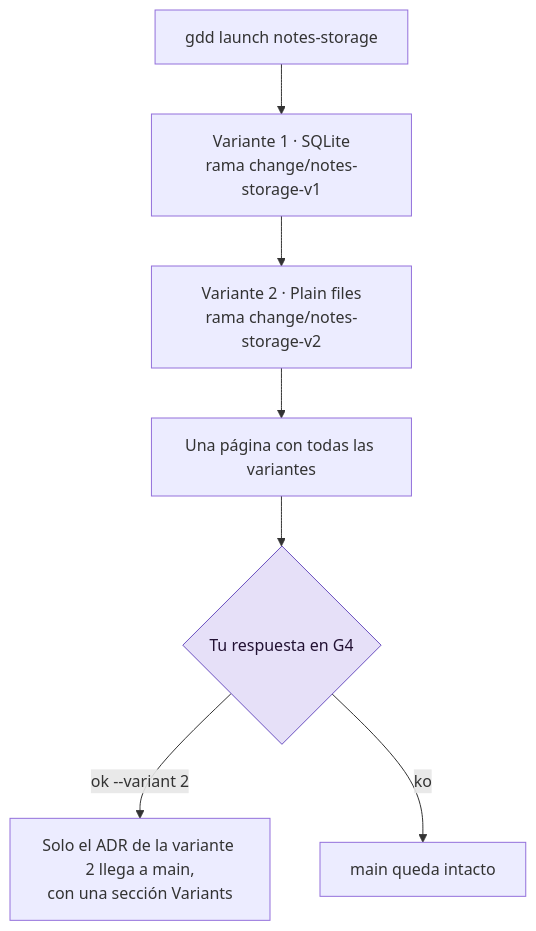
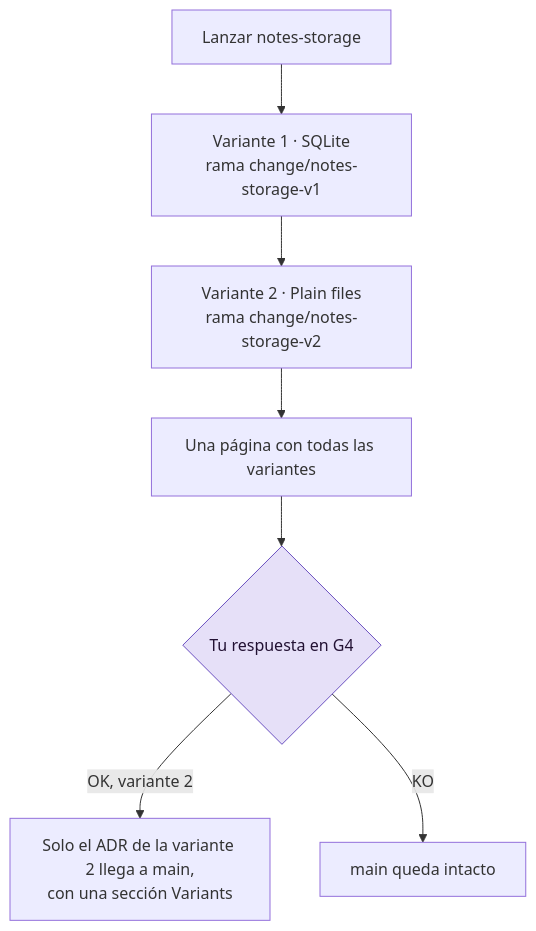
One commit to MarsGotta/gdd changed the diagram in docs/es/how-to/spikes.md. Above: the diagram before and after it, drawn with Mermaid. The commit also changed other lines of this file and 210 other files, not shown here.

````diff
--- a/docs/es/how-to/spikes.md
+++ b/docs/es/how-to/spikes.md
@@ -171,10 +160,10 @@
 ```mermaid
 flowchart TD
-    L[gdd launch notes-storage] --> V1["Variante 1 · SQLite<br/>rama change/notes-storage-v1"]
+    L[Lanzar notes-storage] --> V1["Variante 1 · SQLite<br/>rama change/notes-storage-v1"]
     V1 --> V2["Variante 2 · Plain files<br/>rama change/notes-storage-v2"]
     V2 --> P["Una página con todas las variantes"]
     P --> H{"Tu respuesta en G4"}:::human
-    H -- "ok --variant 2" --> M["Solo el ADR de la variante 2 llega a main,<br/>con una sección Variants"]
-    H -- ko --> N[main queda intacto]
+    H -- "OK, variante 2" --> M["Solo el ADR de la variante 2 llega a main,<br/>con una sección Variants"]
+    H -- KO --> N[main queda intacto]
     classDef human fill:#e6e0f8,stroke:#6a4fc0,color:#213
 ```
````
